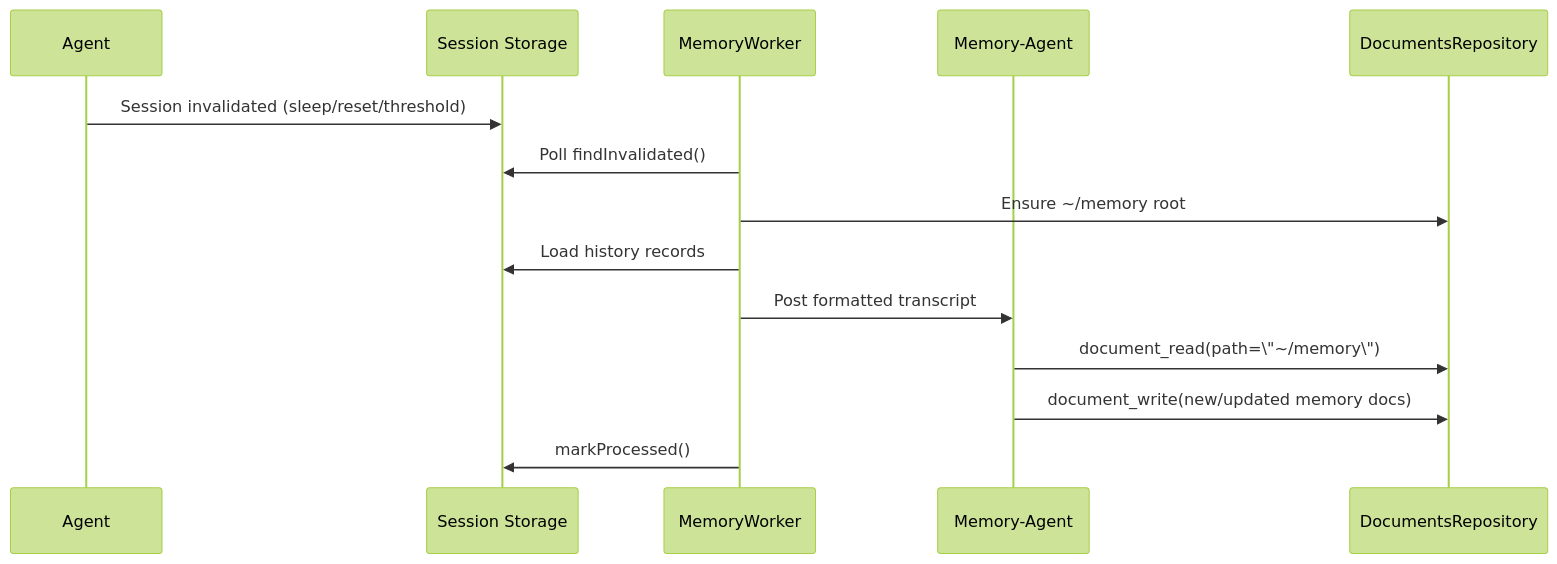
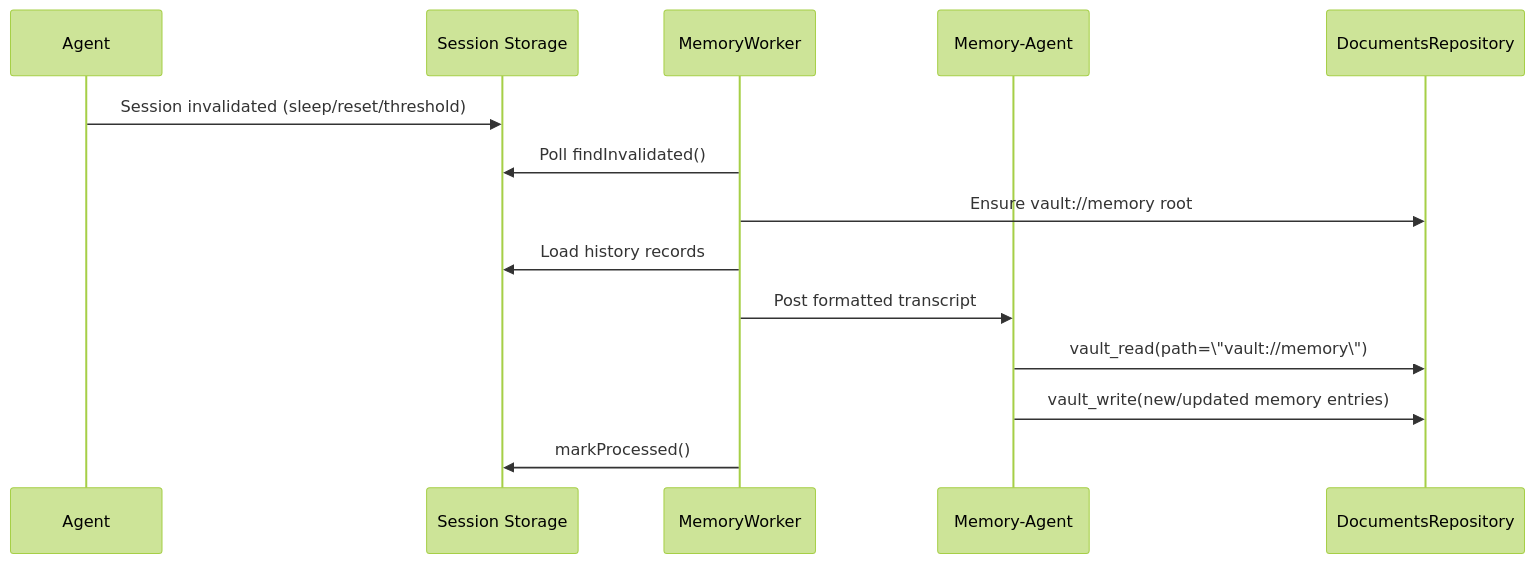
One commit to ex3ndr/daycare changed the diagram in doc/concepts/memory.md. Above: the diagram before and after it, drawn with Mermaid (forest theme). The commit also changed other lines of this file and 112 other files, not shown here.

````diff
--- a/doc/concepts/memory.md
+++ b/doc/concepts/memory.md
@@ -7,17 +7,17 @@
 ```mermaid
 sequenceDiagram
     participant A as Agent
     participant S as Session Storage
     participant MW as MemoryWorker
     participant MA as Memory-Agent
     participant D as DocumentsRepository
 
     A->>S: Session invalidated (sleep/reset/threshold)
     MW->>S: Poll findInvalidated()
-    MW->>D: Ensure ~/memory root
+    MW->>D: Ensure vault://memory root
     MW->>S: Load history records
     MW->>MA: Post formatted transcript
-    MA->>D: document_read(path=\"~/memory\")
-    MA->>D: document_write(new/updated memory docs)
+    MA->>D: vault_read(path=\"vault://memory\")
+    MA->>D: vault_write(new/updated memory entries)
     MW->>S: markProcessed()
 ```
````
